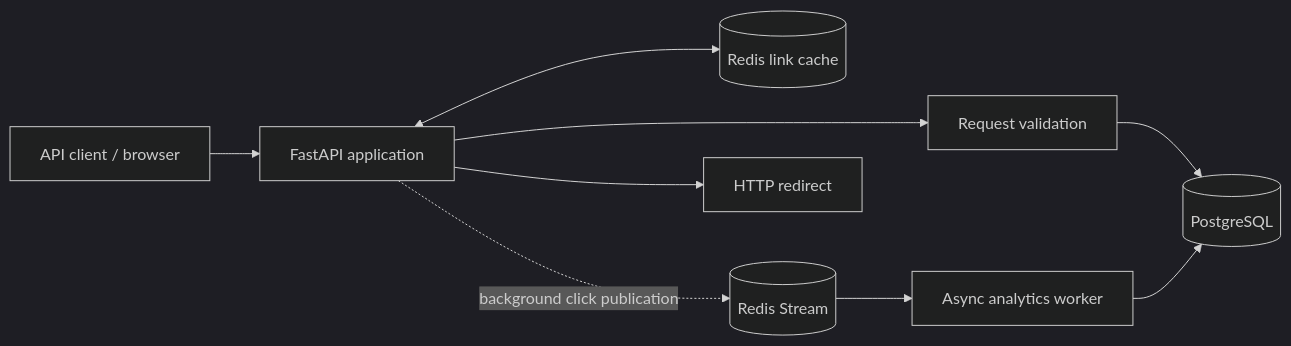
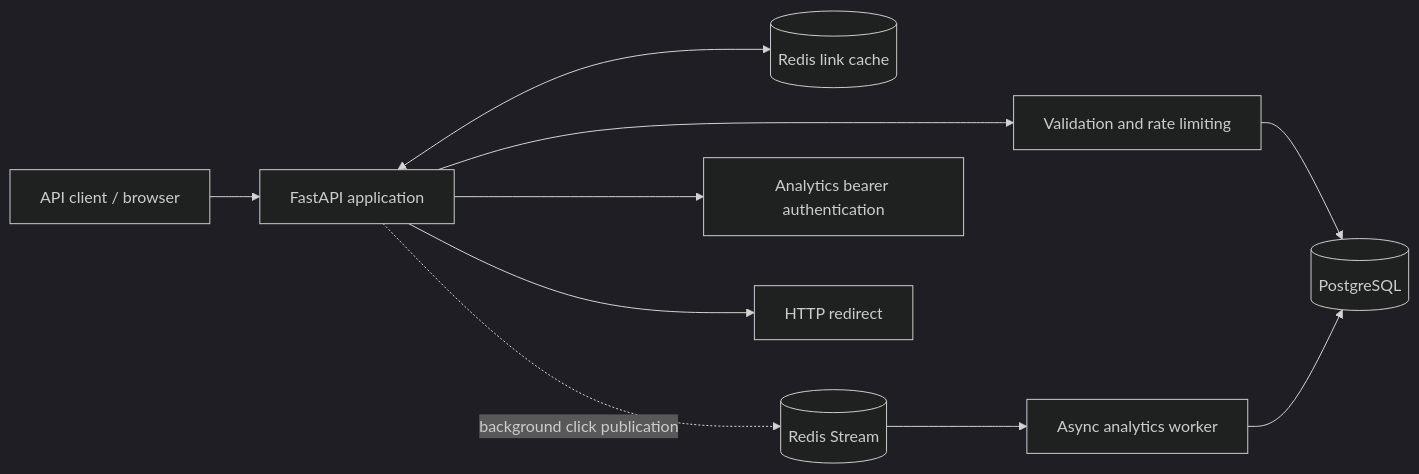
Before and after one commit to mallesh-dba/url-shortener: the first of 3 diagrams in docs/03-engineering-design.md, drawn with Mermaid (dark theme). The commit also changed other lines of this file and 35 other files, not shown here.

````diff
--- a/docs/03-engineering-design.md
+++ b/docs/03-engineering-design.md
@@ -17,11 +17,12 @@
 ```mermaid
 flowchart LR
     Client[API client / browser] --> API[FastAPI application]
-    API --> Validator[Request validation]
+    API --> Validator[Validation and rate limiting]
     Validator --> PG[(PostgreSQL)]
     API <--> Cache[(Redis link cache)]
     API -. background click publication .-> Stream[(Redis Stream)]
     Stream --> Worker[Async analytics worker]
     Worker --> PG
+    API --> Auth[Analytics bearer authentication]
     API --> Redirect[HTTP redirect]
 ```
````
